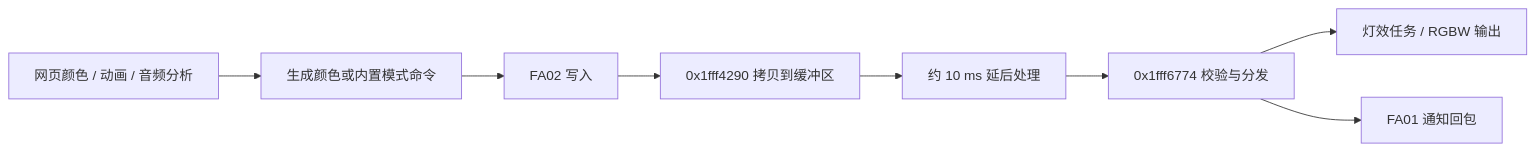
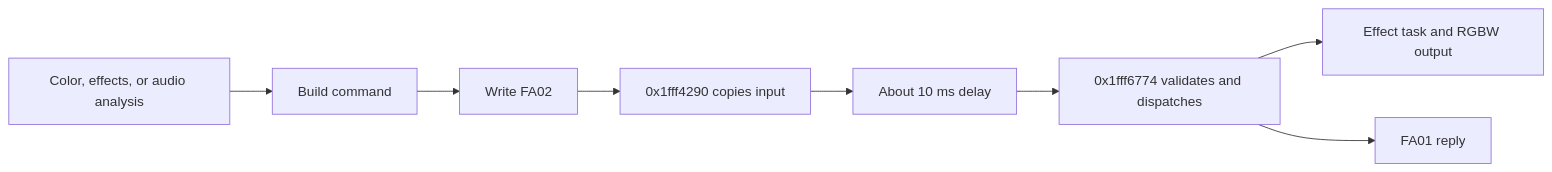
The diagram in docs/FUNCTIONS.md (CloudyMoonShape/wuwa-lightstick), drawn with Mermaid before and after one commit. The commit also changed other lines of this file and 68 other files, not shown here.

````diff
--- a/docs/FUNCTIONS.md
+++ b/docs/FUNCTIONS.md
@@ -7,10 +9,10 @@
 ```mermaid
 flowchart LR
-  UI[网页颜色 / 动画 / 音频分析] --> SDK[生成颜色或内置模式命令]
-  SDK --> FA02[FA02 写入]
-  FA02 --> CB[0x1fff4290 拷贝到缓冲区]
-  CB --> WAIT[约 10 ms 延后处理]
-  WAIT --> CMD[0x1fff6774 校验与分发]
-  CMD --> LIGHT[灯效任务 / RGBW 输出]
-  CMD --> FA01[FA01 通知回包]
+  UI[Color, effects, or audio analysis] --> SDK[Build command]
+  SDK --> FA02[Write FA02]
+  FA02 --> CB[0x1fff4290 copies input]
+  CB --> WAIT[About 10 ms delay]
+  WAIT --> CMD[0x1fff6774 validates and dispatches]
+  CMD --> LIGHT[Effect task and RGBW output]
+  CMD --> FA01[FA01 reply]
 ```
````
